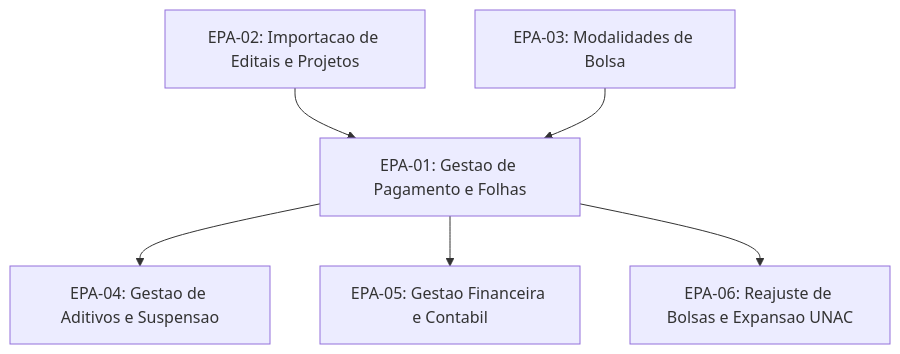
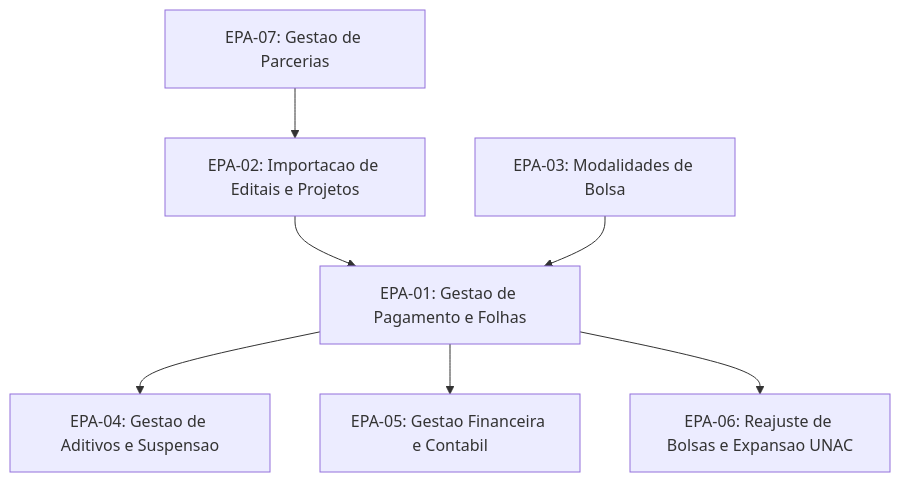
Before and after one commit to Czzped/conecta-fapes-teste: the diagram in docs/products/portal-admin/backlog.md, drawn with Mermaid. The commit also changed other lines of this file and 3 other files, not shown here.

First line of the commit message:
[Portal Admin] EPA-07 Gestao de Parcerias + associar produtos ao SPRINT-007

````diff
--- a/docs/products/portal-admin/backlog.md
+++ b/docs/products/portal-admin/backlog.md
@@ -18,15 +19,17 @@
 ```mermaid
 graph TD
   EPA01["EPA-01: Gestao de Pagamento e Folhas"]
   EPA02["EPA-02: Importacao de Editais e Projetos"]
   EPA03["EPA-03: Modalidades de Bolsa"]
   EPA04["EPA-04: Gestao de Aditivos e Suspensao"]
   EPA05["EPA-05: Gestao Financeira e Contabil"]
   EPA06["EPA-06: Reajuste de Bolsas e Expansao UNAC"]
+  EPA07["EPA-07: Gestao de Parcerias"]
 
   EPA02 --> EPA01
   EPA03 --> EPA01
   EPA01 --> EPA04
   EPA01 --> EPA05
   EPA01 --> EPA06
+  EPA07 --> EPA02
 ```
````
